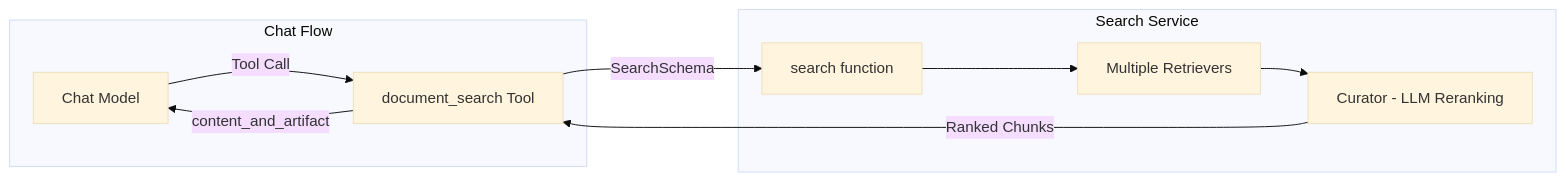
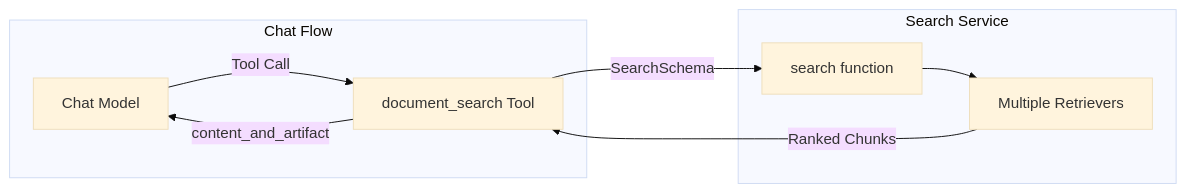
The seventh of 12 diagrams in documentation/system-architecture.md (UniversityOfHelsinkiCS/gptwrapper), drawn with Mermaid (base theme) before and after one commit. The commit also changed other lines of this file and 1 other file, not shown here.

````diff
--- a/documentation/system-architecture.md
+++ b/documentation/system-architecture.md
@@ -182,20 +176,18 @@
 ```mermaid
 flowchart LR
     subgraph "Chat Flow"
         Chat[Chat Model]
         Tool[document_search Tool]
     end
 
     subgraph "Search Service"
         Search[search function]
         Retrievers[Multiple Retrievers]
-        Curator[Curator - LLM Reranking]
     end
 
     Chat -->|Tool Call| Tool
     Tool -->|SearchSchema| Search
     Search --> Retrievers
-    Retrievers --> Curator
-    Curator -->|Ranked Chunks| Tool
+    Retrievers -->|Ranked Chunks| Tool
     Tool -->|content_and_artifact| Chat
 ```
````
